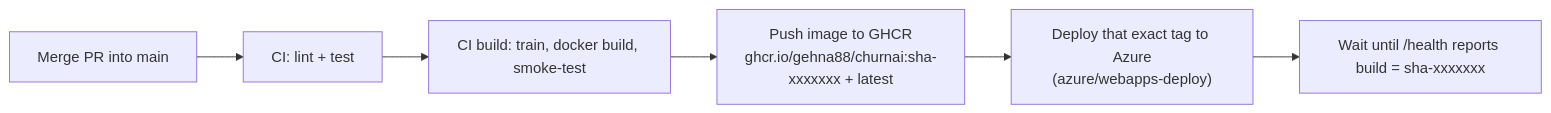
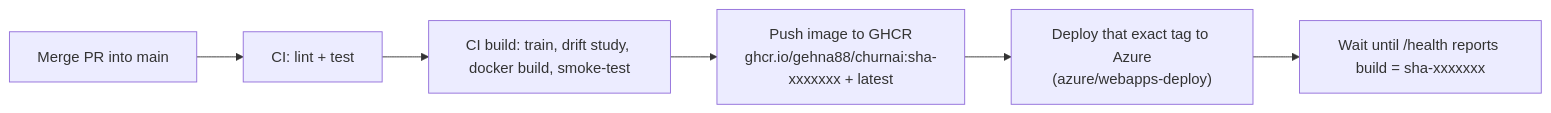
Before and after one commit to gehna88/MLOps_ChurnAI-: the second of 2 diagrams in README.md, drawn with Mermaid. The commit also changed other lines of this file and 1 other file, not shown here.

Commit message:
docs: Milestone 2 README update and drift study contributions

````diff
--- a/README.md
+++ b/README.md
@@ -641,8 +677,8 @@
 ```mermaid
 flowchart LR
     A[Merge PR into main] --> B[CI: lint + test]
-    B --> C[CI build: train, docker build, smoke-test]
+    B --> C["CI build: train, drift study, docker build, smoke-test"]
     C --> D["Push image to GHCR<br/>ghcr.io/gehna88/churnai:sha-xxxxxxx + latest"]
     D --> E["Deploy that exact tag to Azure<br/>(azure/webapps-deploy)"]
     E --> F["Wait until /health reports build = sha-xxxxxxx"]
 ```
````
